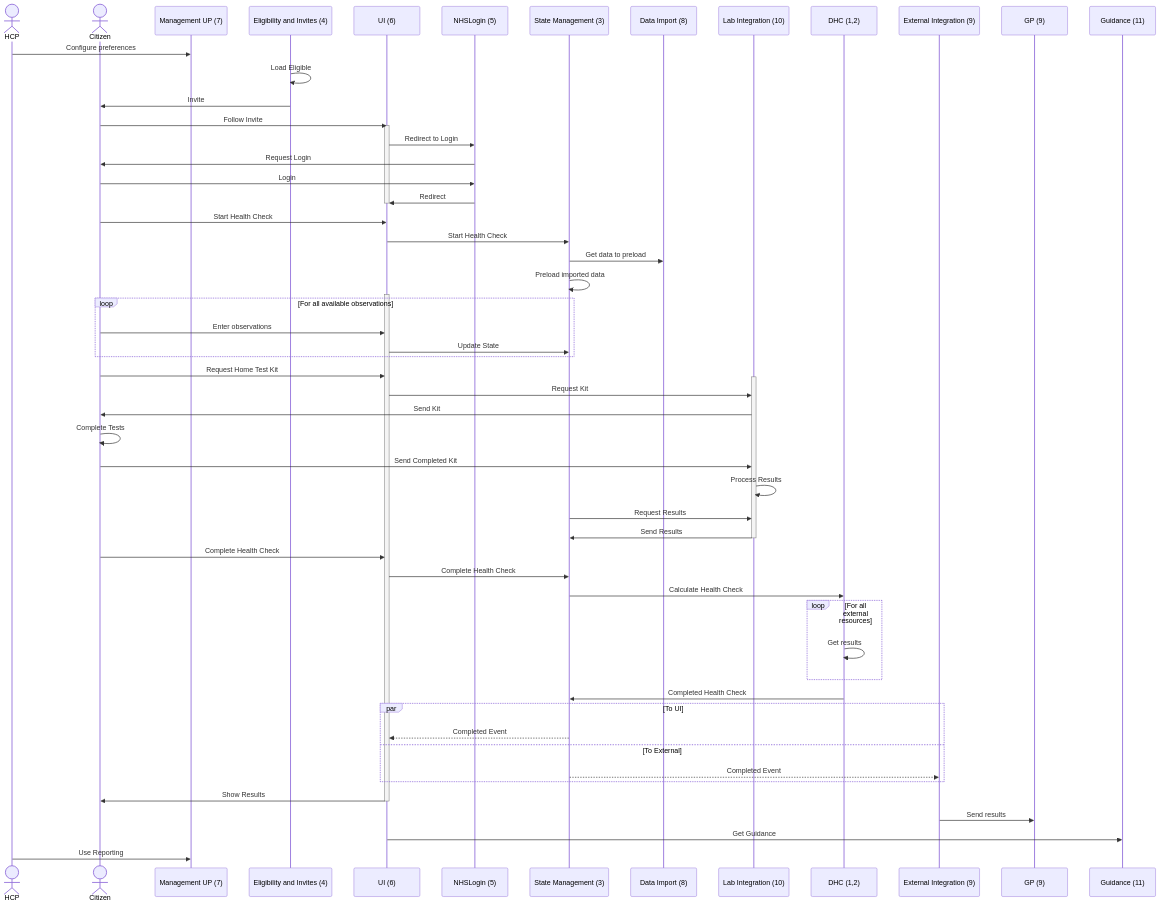
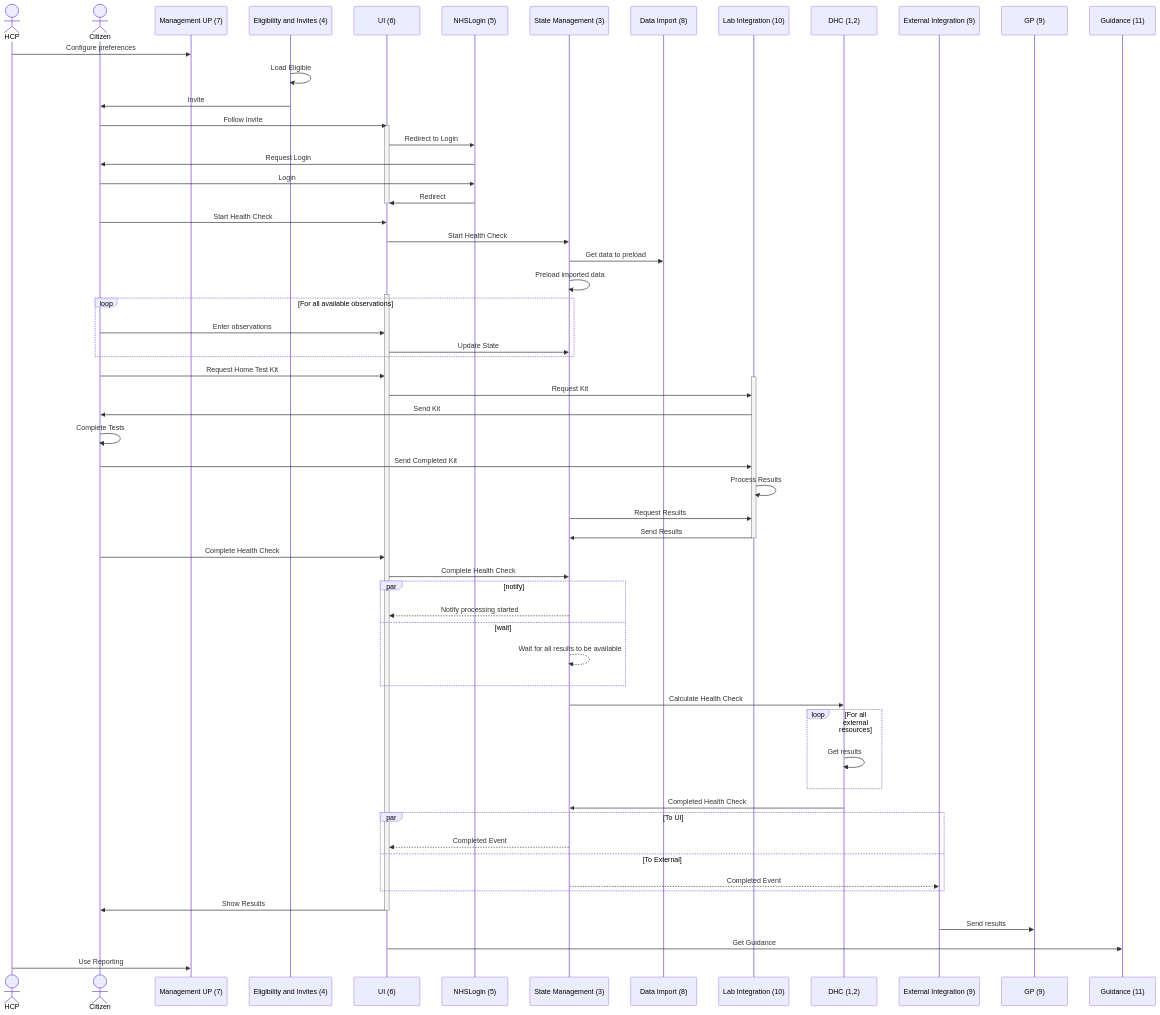
Before and after one commit to nhsexperience/nhs-experience: the first of 6 diagrams in docs/digital-health-check/discovery-technical-review.md, drawn with Mermaid.

Commit message:
Added wait parallel on sequence diag.

````diff
--- a/docs/digital-health-check/discovery-technical-review.md
+++ b/docs/digital-health-check/discovery-technical-review.md
@@ -72,72 +72,77 @@
 ```mermaid
 sequenceDiagram
     actor HCP
     actor Citizen
     participant MgmtUI as Management UP (7)
     participant Invite as Eligibility and Invites (4)
     participant UI as UI (6)
     participant NHSLogin as NHSLogin (5)
     participant StateMgmt as State Management (3)
     participant PreLoad as Data Import (8)
     participant Labs as Lab Integration (10)
     participant DHCProcessor as DHC (1,2)
     participant ExternalIntegration as External Integration (9)
     participant GP as GP (9)
     participant Guidance as Guidance (11)
 
     HCP->>MgmtUI:Configure preferences
     Invite->>Invite: Load Eligible
     Invite->>Citizen: Invite
     Citizen->>UI: Follow Invite
 
     activate UI
         UI->>NHSLogin: Redirect to Login
         NHSLogin->>Citizen: Request Login
         Citizen->>NHSLogin: Login
         NHSLogin->>UI: Redirect
     deactivate UI
 
     Citizen->>UI: Start Health Check
     UI->>StateMgmt: Start Health Check
     StateMgmt->>PreLoad: Get data to preload
     StateMgmt->>StateMgmt: Preload imported data
 
     activate UI
         loop For all available observations
             Citizen->>UI: Enter observations
             UI->>StateMgmt: Update State
         end
 
         Citizen->>UI: Request Home Test Kit
 
         activate Labs
             UI->>Labs: Request Kit
             Labs->>Citizen: Send Kit
             Citizen->>Citizen: Complete Tests
             Citizen->>Labs: Send Completed Kit
             Labs->>Labs: Process Results
             StateMgmt->>Labs: Request Results
             Labs->>StateMgmt: Send Results
         deactivate Labs
 
         Citizen->>UI: Complete Health Check
         UI->>StateMgmt: Complete Health Check
+        par notify
+            StateMgmt-->>UI: Notify processing started
+        and wait
+            StateMgmt-->>StateMgmt: Wait for all results to be available
+        end
         StateMgmt->>DHCProcessor: Calculate Health Check
 
         loop For all external resources
             DHCProcessor->>DHCProcessor: Get results
         end
 
         DHCProcessor->> StateMgmt: Completed Health Check
         par To UI
             StateMgmt-->>UI: Completed Event
         and To External
             StateMgmt-->>ExternalIntegration: Completed Event
         end
         UI->>Citizen: Show Results 
     deactivate UI
 
     ExternalIntegration->>GP: Send results
     UI->>Guidance: Get Guidance
     HCP->>MgmtUI: Use Reporting
 ```
````
